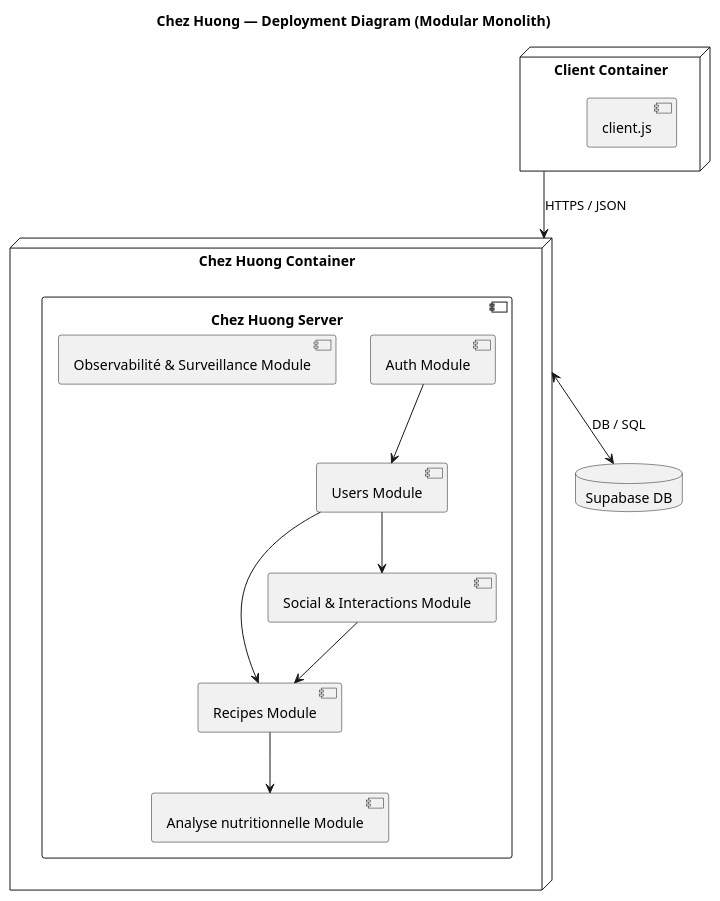
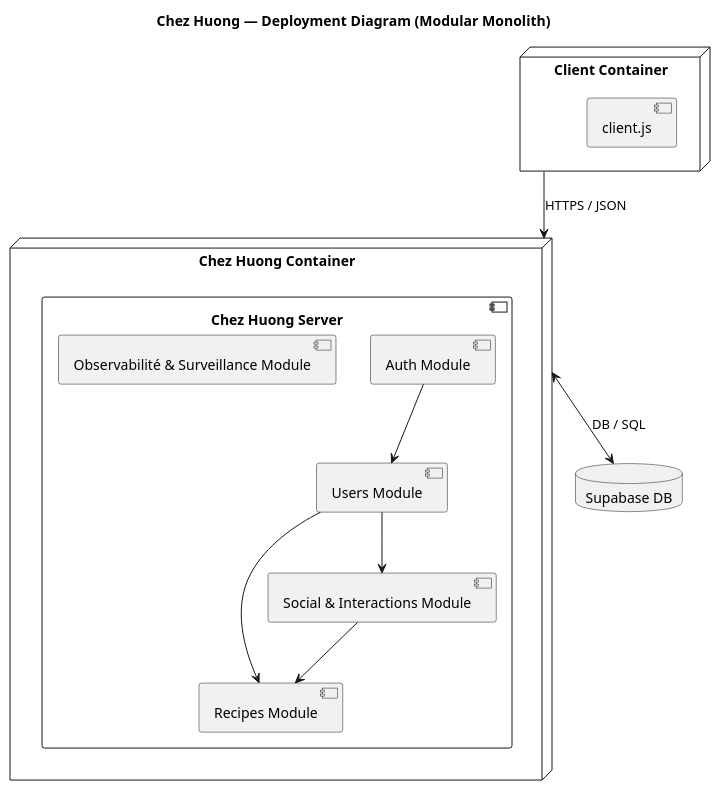
The diagram in docs/diagrams/deployment_diagram.puml (Orchydae/Chez_Huong), drawn with PlantUML before and after one commit. The commit also changed 1 other file, not shown here.

```diff
--- a/docs/diagrams/deployment_diagram.puml
+++ b/docs/diagrams/deployment_diagram.puml
@@ -1,33 +1,31 @@
 @startuml 
 title Chez Huong — Deployment Diagram (Modular Monolith)
 
 skinparam defaultFontName Monospace
 
 node "Client Container" as Client {
     [client.js]
 }
 
 node "Chez Huong Container" as Server {
     component "Chez Huong Server" {
         component "Auth Module" as AuthModule
         component "Users Module" as UsersModule
         component "Recipes Module" as RecipesModule
         component "Social & Interactions Module" as SocialModule
-        component "Analyse nutritionnelle Module" as NutritionModule
         component "Observabilité & Surveillance Module" as ObservabilityModule
 
         AuthModule --> UsersModule
         UsersModule --> RecipesModule
         UsersModule --> SocialModule
         SocialModule --> RecipesModule
-        RecipesModule --> NutritionModule
     }
 }
 
 database "Supabase DB" as Supabase
 
 ' === RELATIONS ===
 Client --> Server: HTTPS / JSON
 Server <--> Supabase : DB / SQL
 
 @enduml
```
